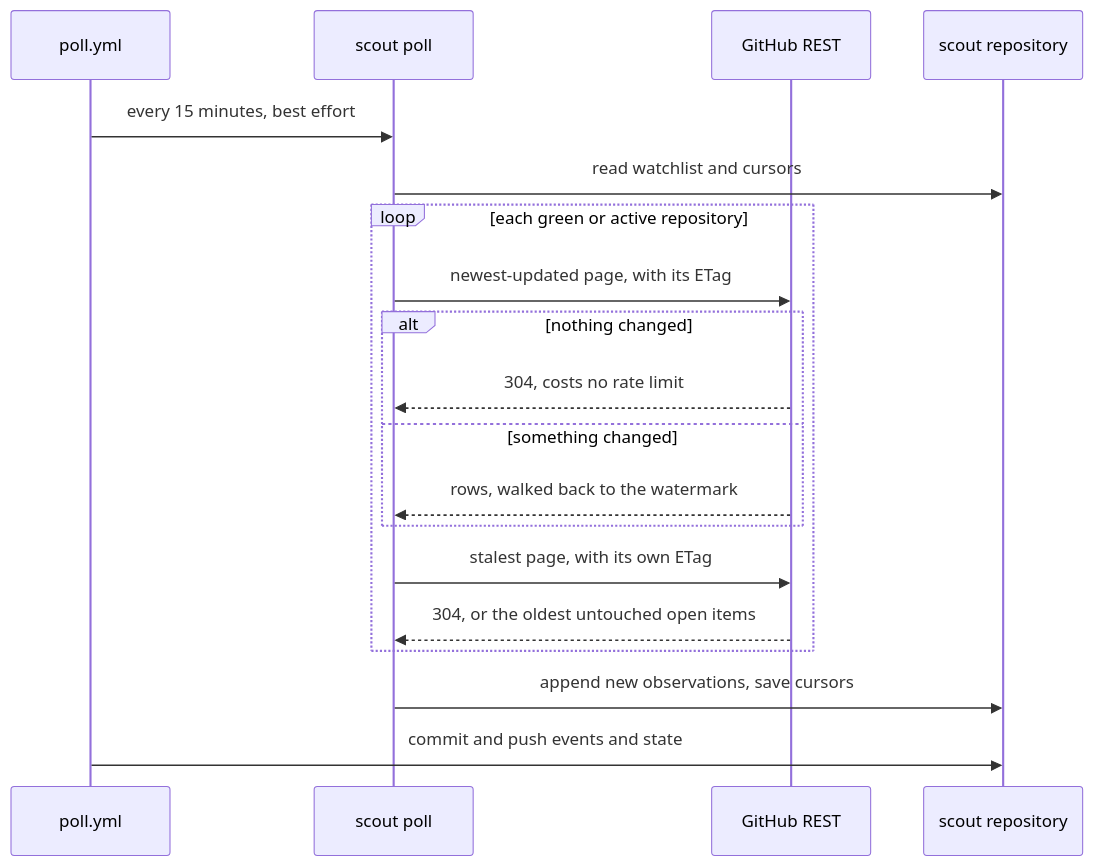
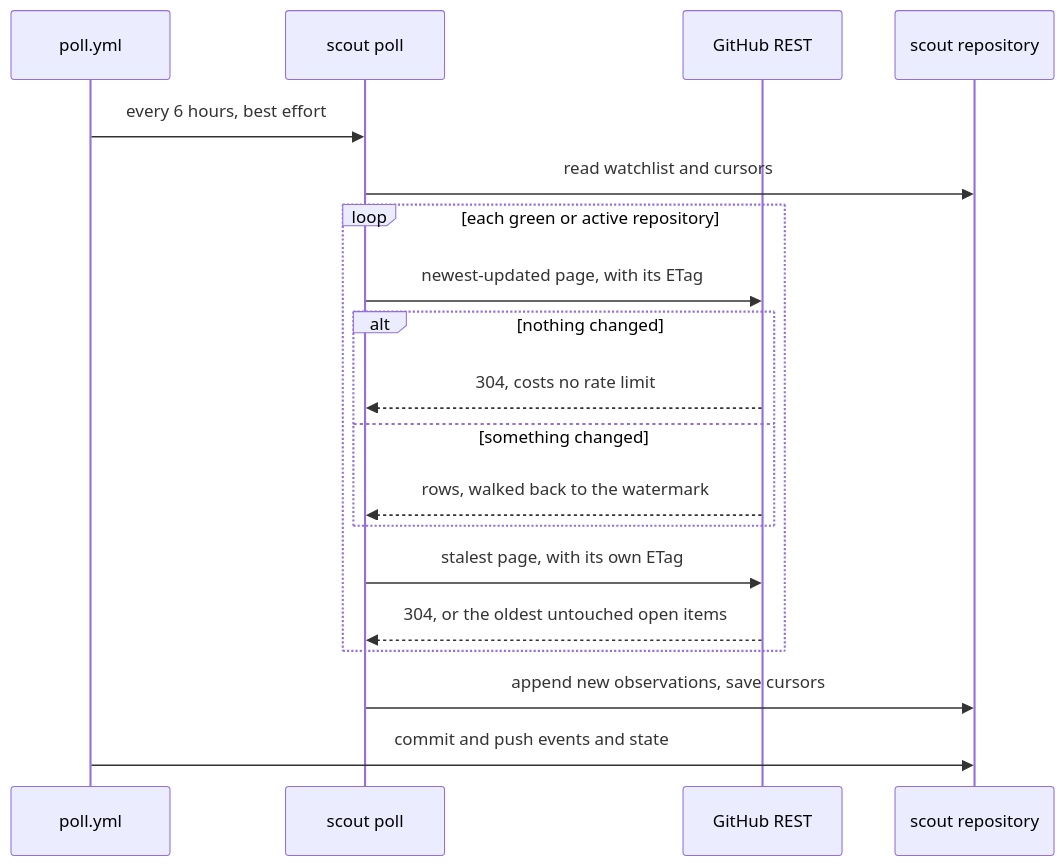
One commit to t-maypat/scout changed the second of 4 diagrams in docs/ARCHITECTURE.md. Above: the diagram before and after it, drawn with Mermaid. The commit also changed other lines of this file and 16 other files, not shown here.

````diff
--- a/docs/ARCHITECTURE.md
+++ b/docs/ARCHITECTURE.md
@@ -131,21 +140,21 @@
 ```mermaid
 sequenceDiagram
     participant Cron as poll.yml
     participant Scout as scout poll
     participant GH as GitHub REST
     participant Repo as scout repository
-    Cron->>Scout: every 15 minutes, best effort
+    Cron->>Scout: every 6 hours, best effort
     Scout->>Repo: read watchlist and cursors
     loop each green or active repository
         Scout->>GH: newest-updated page, with its ETag
         alt nothing changed
             GH-->>Scout: 304, costs no rate limit
         else something changed
             GH-->>Scout: rows, walked back to the watermark
         end
         Scout->>GH: stalest page, with its own ETag
         GH-->>Scout: 304, or the oldest untouched open items
     end
     Scout->>Repo: append new observations, save cursors
     Cron->>Repo: commit and push events and state
 ```
````
